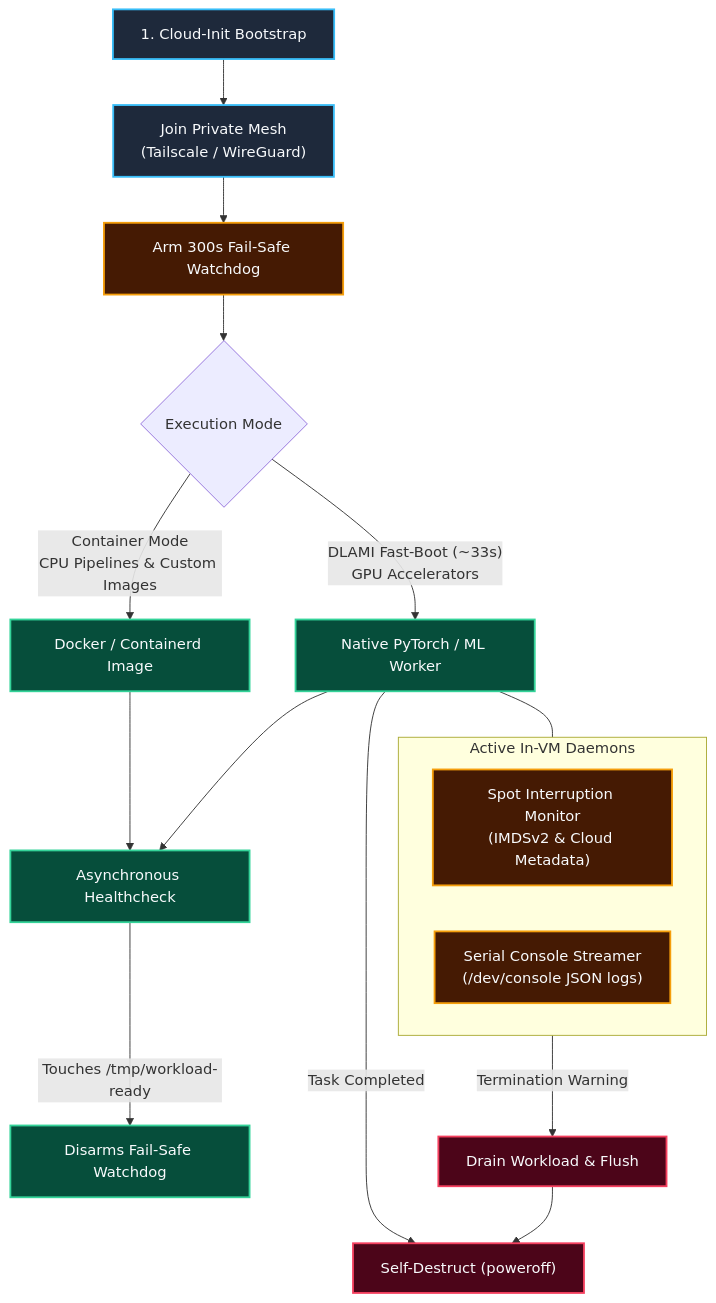
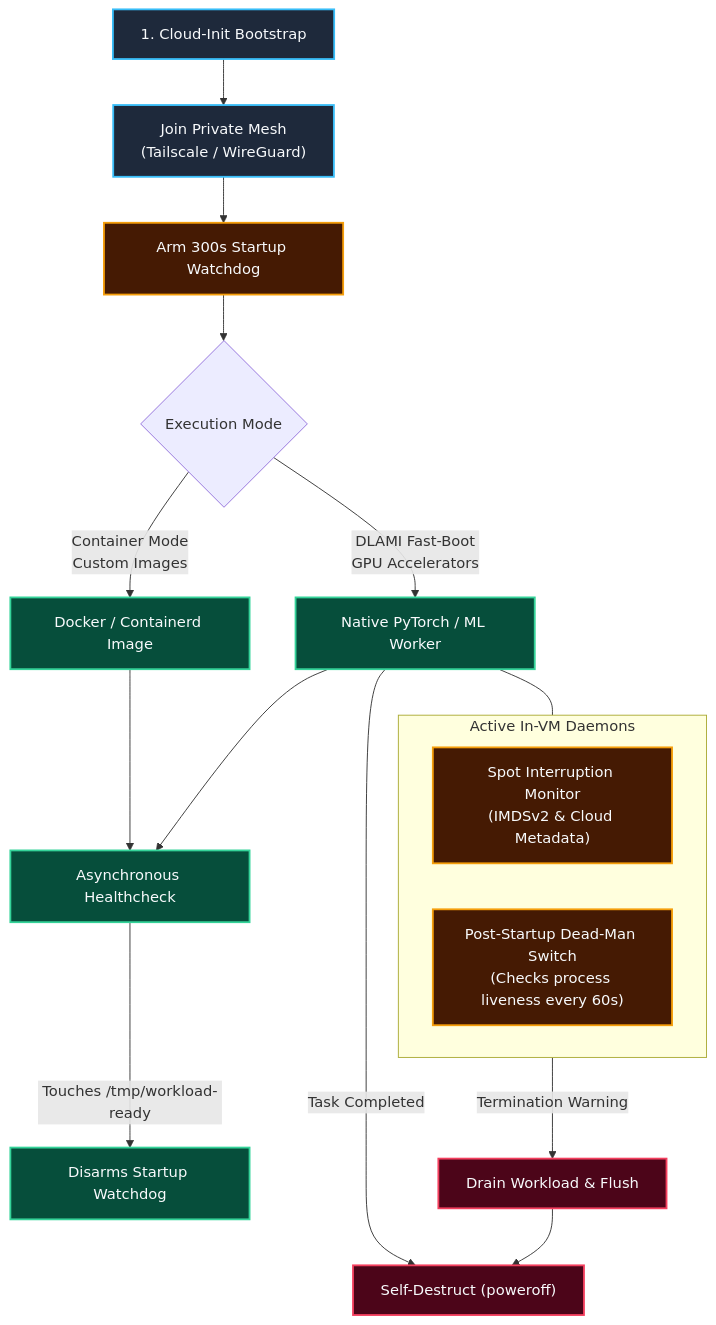
One commit to simonepri/interlink-cloudvm-plugin changed the sixth of 9 diagrams in readme.md. Above: the diagram before and after it, drawn with Mermaid. The commit also changed other lines of this file and 15 other files, not shown here.

Commit message:
refactor: align 1:1 pod VM model, fix fleet token & status reporting, add ticker chart, and polish docs

````diff
--- a/readme.md
+++ b/readme.md
@@ -246,29 +239,34 @@
 ```mermaid
 flowchart TD
     classDef init fill:#1E293B,stroke:#38BDF8,stroke-width:2px,color:#F8FAFC
     classDef runtime fill:#064E3B,stroke:#34D399,stroke-width:2px,color:#F8FAFC
     classDef watch fill:#451A03,stroke:#F59E0B,stroke-width:2px,color:#F8FAFC
     classDef exit fill:#4C0519,stroke:#F43F5E,stroke-width:2px,color:#F8FAFC
 
-    Start["1. Cloud-Init Bootstrap"]:::init --> Mesh["Join Private Mesh\n(Tailscale / WireGuard)"]:::init
-    Mesh --> Arm["Arm 300s Fail-Safe Watchdog"]:::watch
+    Start["1. Cloud-Init Bootstrap"]:::init --> Mesh["Join Private Mesh
+(Tailscale / WireGuard)"]:::init
+    Mesh --> Arm["Arm 300s Startup Watchdog"]:::watch
     
     Arm --> Mode{"Execution Mode"}
-    Mode -->|"DLAMI Fast-Boot (~33s)\nGPU Accelerators"| Native["Native PyTorch / ML Worker"]:::runtime
-    Mode -->|"Container Mode\nCPU Pipelines & Custom Images"| Docker["Docker / Containerd Image"]:::runtime
+    Mode -->|"DLAMI Fast-Boot
+GPU Accelerators"| Native["Native PyTorch / ML Worker"]:::runtime
+    Mode -->|"Container Mode
+Custom Images"| Docker["Docker / Containerd Image"]:::runtime
 
     Native --> Health["Asynchronous Healthcheck"]:::runtime
     Docker --> Health
-    Health -->|Touches /tmp/workload-ready| Disarm["Disarms Fail-Safe Watchdog"]:::runtime
+    Health -->|Touches /tmp/workload-ready| Disarm["Disarms Startup Watchdog"]:::runtime
 
     subgraph Monitors["Active In-VM Daemons"]
         direction LR
-        Preempt["Spot Interruption Monitor\n(IMDSv2 & Cloud Metadata)"]:::watch
-        Console["Serial Console Streamer\n(/dev/console JSON logs)"]:::watch
+        Preempt["Spot Interruption Monitor
+(IMDSv2 & Cloud Metadata)"]:::watch
+        DeadMan["Post-Startup Dead-Man Switch
+(Checks process liveness every 60s)"]:::watch
     end
     Native --- Monitors
 
     Preempt -->|"Termination Warning"| Drain["Drain Workload & Flush"]:::exit
     Drain --> Terminate["Self-Destruct (poweroff)"]:::exit
     Native -->|"Task Completed"| Terminate
 ```
````
